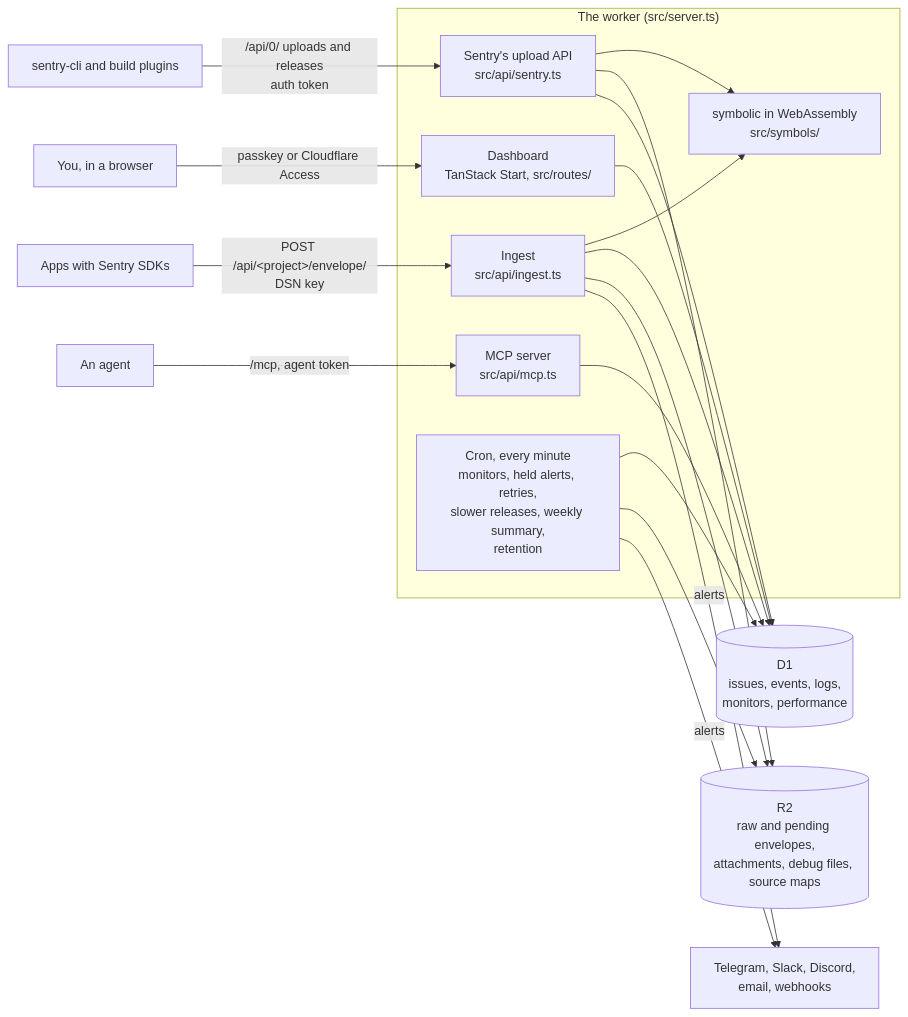
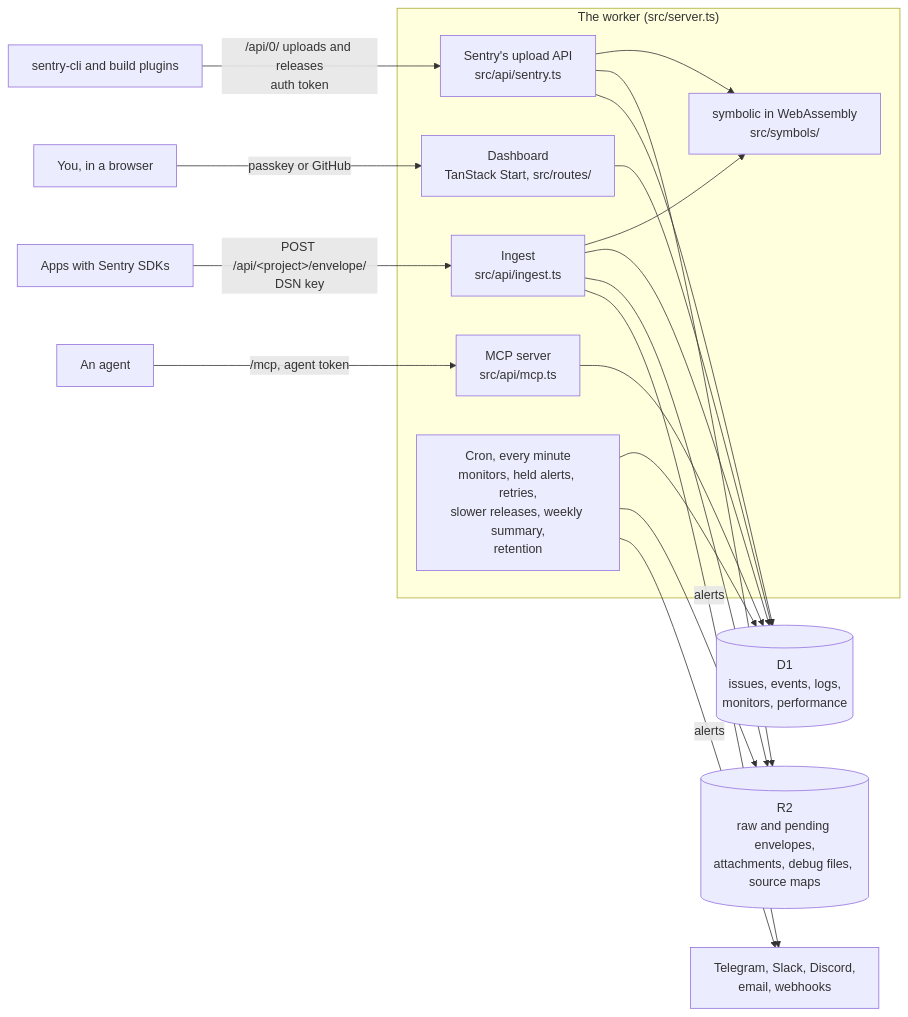
Before and after one commit to marctorrelles/crashyard: the diagram in docs/architecture.md, drawn with Mermaid. The commit also changed other lines of this file and 45 other files, not shown here.

First line of the commit message:
feat!: crashyard signs people in by itself, without Cloudflare Access

````diff
--- a/docs/architecture.md
+++ b/docs/architecture.md
@@ -7,29 +7,29 @@
 ```mermaid
 flowchart LR
   apps["Apps with Sentry SDKs"] -- "POST /api/&lt;project&gt;/envelope/<br/>DSN key" --> ingest
   cli["sentry-cli and build plugins"] -- "/api/0/ uploads and releases<br/>auth token" --> upload
-  you["You, in a browser"] -- "passkey or Cloudflare Access" --> dashboard
+  you["You, in a browser"] -- "passkey or GitHub" --> dashboard
   agent["An agent"] -- "/mcp, agent token" --> mcp
 
   subgraph worker["The worker (src/server.ts)"]
     ingest["Ingest<br/>src/api/ingest.ts"]
     upload["Sentry's upload API<br/>src/api/sentry.ts"]
     dashboard["Dashboard<br/>TanStack Start, src/routes/"]
     mcp["MCP server<br/>src/api/mcp.ts"]
     cron["Cron, every minute<br/>monitors, held alerts, retries,<br/>slower releases, weekly summary,<br/>retention"]
     symbolic["symbolic in WebAssembly<br/>src/symbols/"]
   end
 
   ingest --> symbolic
   upload --> symbolic
   ingest --> d1[("D1<br/>issues, events, logs,<br/>monitors, performance")]
   ingest --> r2[("R2<br/>raw and pending envelopes,<br/>attachments, debug files, source maps")]
   upload --> r2
   upload --> d1
   dashboard --> d1
   mcp --> d1
   cron --> d1
   cron --> r2
   ingest -- alerts --> notify["Telegram, Slack, Discord,<br/>email, webhooks"]
   cron -- alerts --> notify
 ```
````
